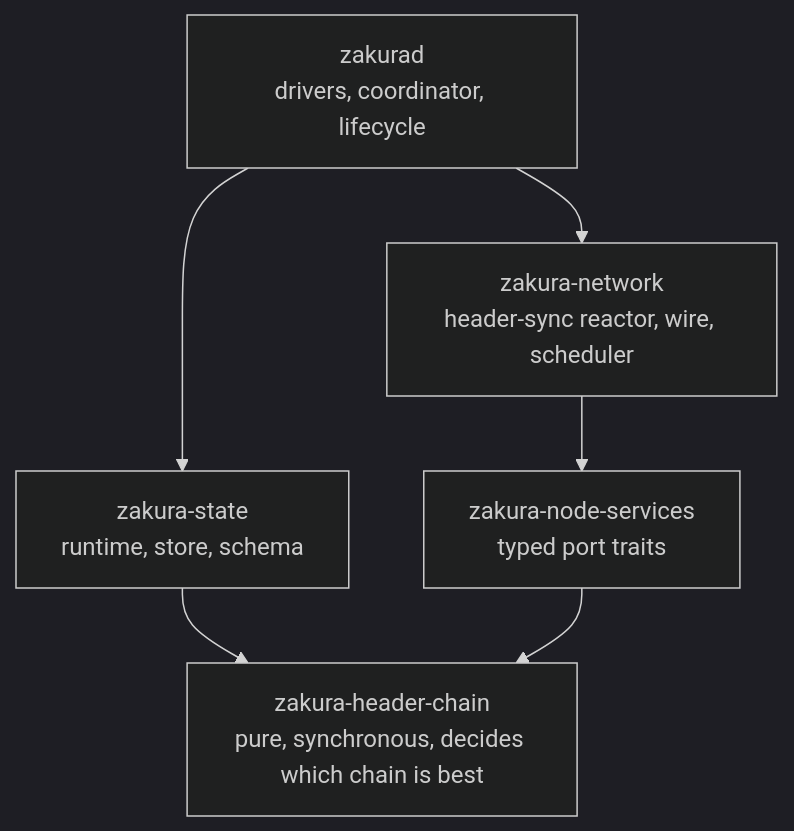
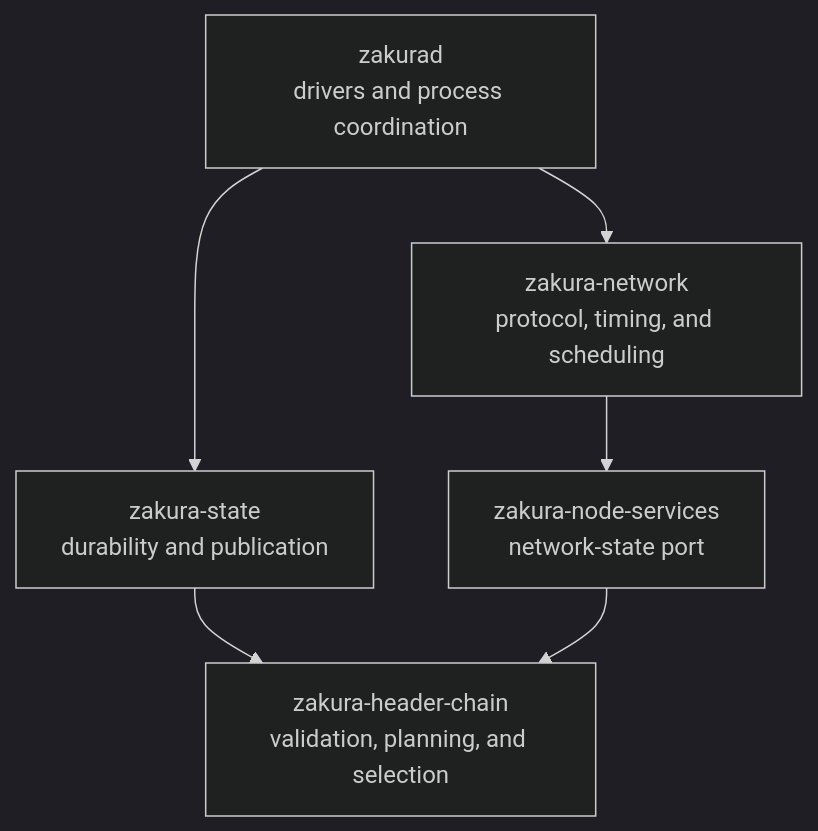
Before and after one commit to zakura-core/zakura: the third of 3 diagrams in docs/design/headerchain/production_code_header-chain.md, drawn with Mermaid (dark theme). The commit also changed other lines of this file and 1 other file, not shown here.

Commit message:
docs(header-chain): make production guide easier to read

````diff
--- a/docs/design/headerchain/production_code_header-chain.md
+++ b/docs/design/headerchain/production_code_header-chain.md
@@ -209,13 +209,13 @@
 ```mermaid
 flowchart TD
-  ZD["zakurad<br/>drivers, coordinator, lifecycle"]
-  NW["zakura-network<br/>header-sync reactor, wire, scheduler"]
-  ST["zakura-state<br/>runtime, store, schema"]
-  NS["zakura-node-services<br/>typed port traits"]
-  HC["zakura-header-chain<br/>pure, synchronous, decides which chain is best"]
+  ZD["zakurad<br/>drivers and process coordination"]
+  NW["zakura-network<br/>protocol, timing, and scheduling"]
+  ST["zakura-state<br/>durability and publication"]
+  NS["zakura-node-services<br/>network-state port"]
+  HC["zakura-header-chain<br/>validation, planning, and selection"]
   ZD --> NW
   ZD --> ST
   NW --> NS
   ST --> HC
   NS --> HC
 ```
````
